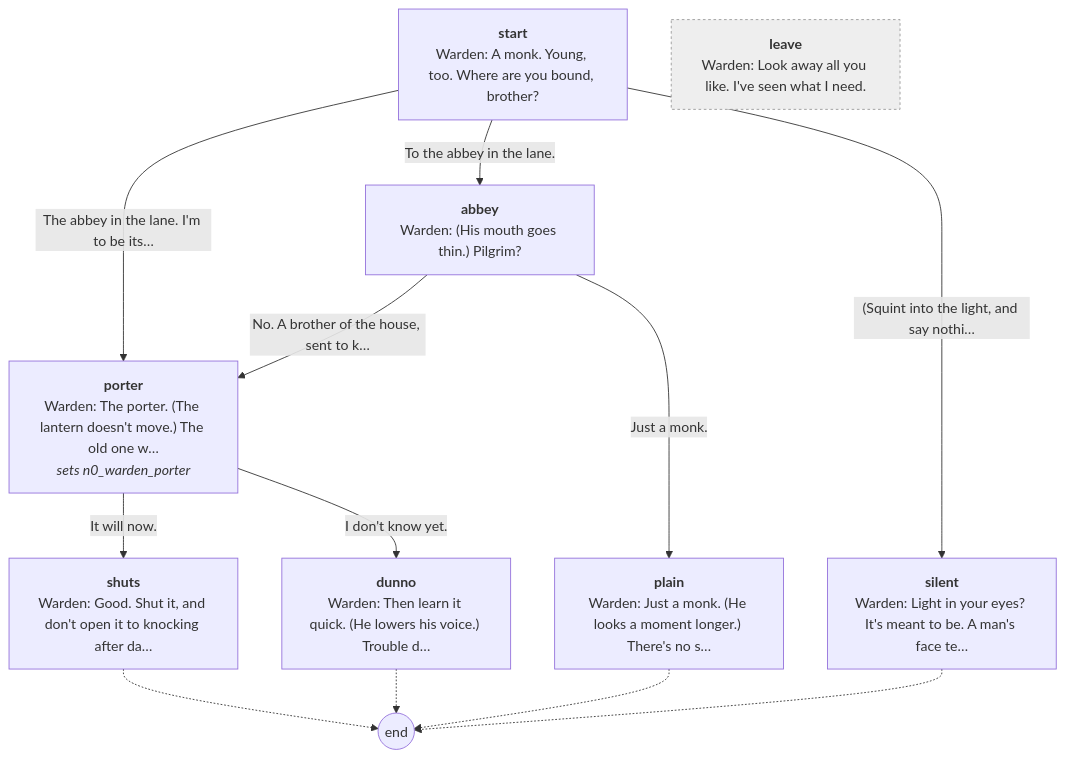
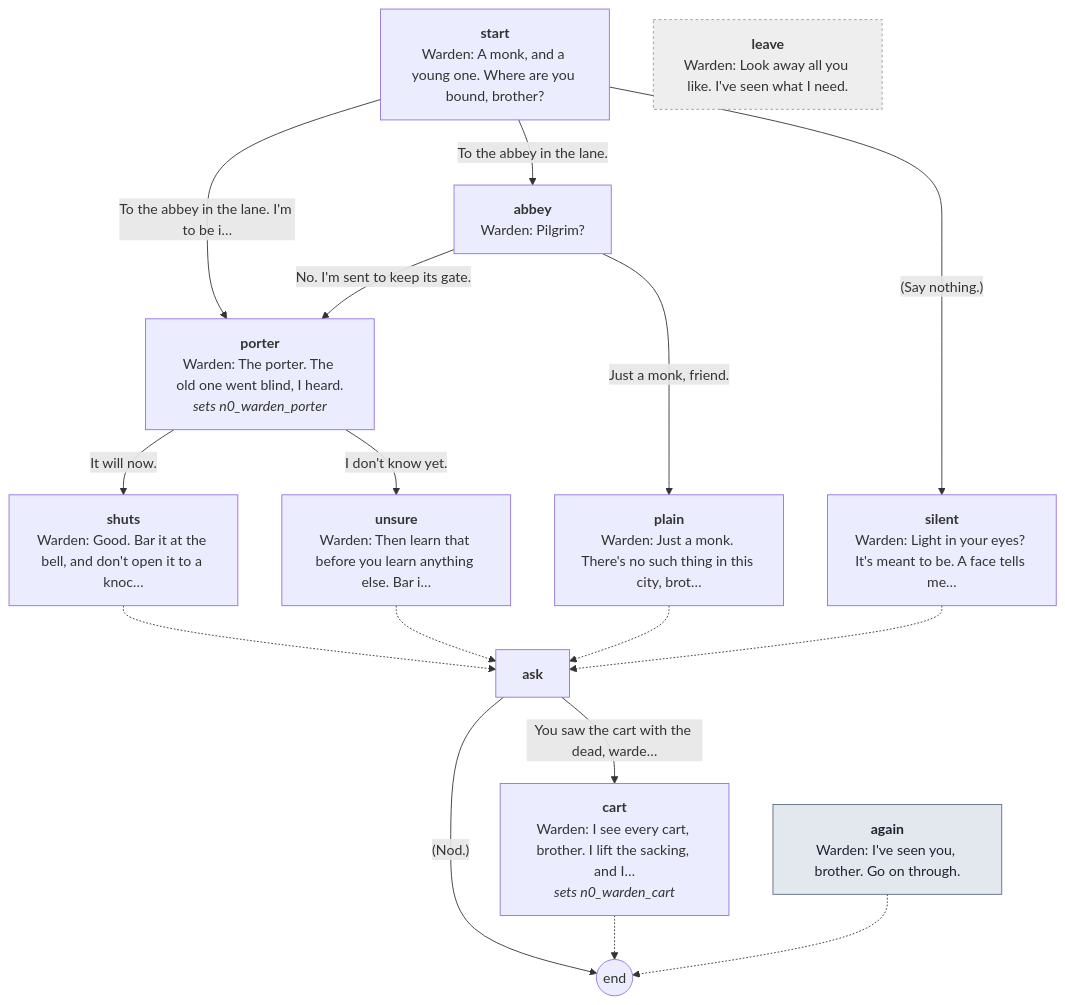
Before and after one commit to toastynaan/the-porter: diagram 15 of 15 in docs/script/night0.md, drawn with Mermaid. The commit also changed other lines of this file and 28 other files, not shown here.

First line of the commit message:
Night 0 finished: final talks and a last scene you can see

````diff
--- a/docs/script/night0.md
+++ b/docs/script/night0.md
@@ -1884,27 +2214,35 @@
 ```mermaid
 flowchart TD
-  p_start["<b>start</b><br/>Warden: A monk. Young, too. Where are you bound, brother?"]
-  p_porter["<b>porter</b><br/>Warden: The porter. (The lantern doesn't move.) The old one w…<br/><i>sets n0_warden_porter</i>"]
-  p_shuts["<b>shuts</b><br/>Warden: Good. Shut it, and don't open it to knocking after da…"]
-  p_dunno["<b>dunno</b><br/>Warden: Then learn it quick. (He lowers his voice.) Trouble d…"]
-  p_abbey["<b>abbey</b><br/>Warden: (His mouth goes thin.) Pilgrim?"]
-  p_plain["<b>plain</b><br/>Warden: Just a monk. (He looks a moment longer.) There's no s…"]
-  p_silent["<b>silent</b><br/>Warden: Light in your eyes? It's meant to be. A man's face te…"]
+  p_start["<b>start</b><br/>Warden: A monk, and a young one. Where are you bound, brother?"]
+  p_porter["<b>porter</b><br/>Warden: The porter. The old one went blind, I heard.<br/><i>sets n0_warden_porter</i>"]
+  p_shuts["<b>shuts</b><br/>Warden: Good. Bar it at the bell, and don't open it to a knoc…"]
+  p_unsure["<b>unsure</b><br/>Warden: Then learn that before you learn anything else. Bar i…"]
+  p_abbey["<b>abbey</b><br/>Warden: Pilgrim?"]
+  p_plain["<b>plain</b><br/>Warden: Just a monk. There's no such thing in this city, brot…"]
+  p_silent["<b>silent</b><br/>Warden: Light in your eyes? It's meant to be. A face tells me…"]
+  p_ask["<b>ask</b>"]
+  p_cart["<b>cart</b><br/>Warden: I see every cart, brother. I lift the sacking, and I…<br/><i>sets n0_warden_cart</i>"]
+  p_again["<b>again</b><br/>Warden: I've seen you, brother. Go on through."]
   p_leave["<b>leave</b><br/>Warden: Look away all you like. I've seen what I need."]
   end_((end))
-  p_start -->|"The abbey in the lane. I'm to be its…"| p_porter
+  p_start -->|"To the abbey in the lane. I'm to be i…"| p_porter
   p_start -->|"To the abbey in the lane."| p_abbey
-  p_start -->|"(Squint into the light, and say nothi…"| p_silent
+  p_start -->|"(Say nothing.)"| p_silent
   p_porter -->|"It will now."| p_shuts
-  p_porter -->|"I don't know yet."| p_dunno
-  p_shuts -.-> end_
-  p_dunno -.-> end_
-  p_abbey -->|"No. A brother of the house, sent to k…"| p_porter
-  p_abbey -->|"Just a monk."| p_plain
-  p_plain -.-> end_
-  p_silent -.-> end_
+  p_porter -->|"I don't know yet."| p_unsure
+  p_shuts -.-> p_ask
+  p_unsure -.-> p_ask
+  p_abbey -->|"No. I'm sent to keep its gate."| p_porter
+  p_abbey -->|"Just a monk, friend."| p_plain
+  p_plain -.-> p_ask
+  p_silent -.-> p_ask
+  p_ask -->|"You saw the cart with the dead, warde…"| p_cart
+  p_ask -->|"(Nod.)"| end_
+  p_cart -.-> end_
+  p_again -.-> end_
   classDef claim fill:#f3e3b5,stroke:#9a6b1a,color:#2b2116
   classDef again fill:#e3e8ef,stroke:#5b6b80,color:#1c2430
   classDef leave fill:#eee,stroke:#999,color:#333,stroke-dasharray: 3 3
+  class p_again again
   class p_leave leave
 ```
````
